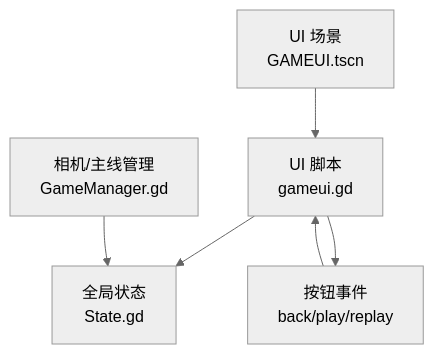
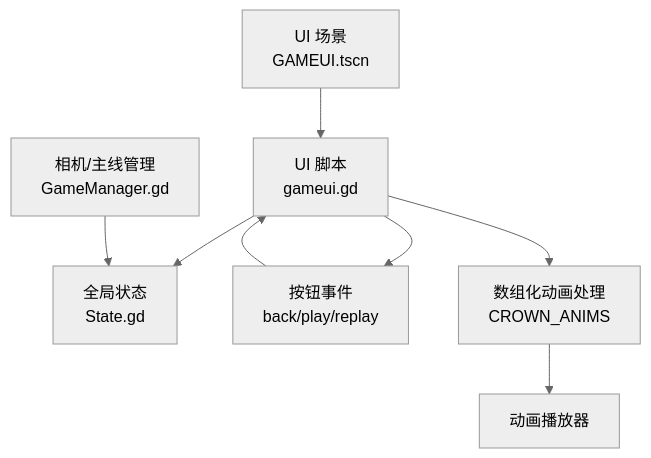
The second of 5 diagrams in .qoder/repowiki/zh/content/游戏系统/用户界面系统.md (godotline/godot-line), drawn with Mermaid (neutral theme) before and after one commit. The commit also changed other lines of this file and 687 other files, not shown here.

````diff
--- a/.qoder/repowiki/zh/content/游戏系统/用户界面系统.md
+++ b/.qoder/repowiki/zh/content/游戏系统/用户界面系统.md
@@ -74,8 +83,10 @@
 ```mermaid
 graph TB
 UI_Scene["UI 场景<br/>GAMEUI.tscn"] --> UI_Script["UI 脚本<br/>gameui.gd"]
 UI_Script --> Global_State["全局状态<br/>State.gd"]
 Game_Manager["相机/主线管理<br/>GameManager.gd"] --> Global_State
 UI_Script --> Buttons["按钮事件<br/>back/play/replay"]
 Buttons --> UI_Script
+UI_Script --> Array_Anim["数组化动画处理<br/>CROWN_ANIMS"]
+Array_Anim --> Animation_Player["动画播放器"]
 ```
````
